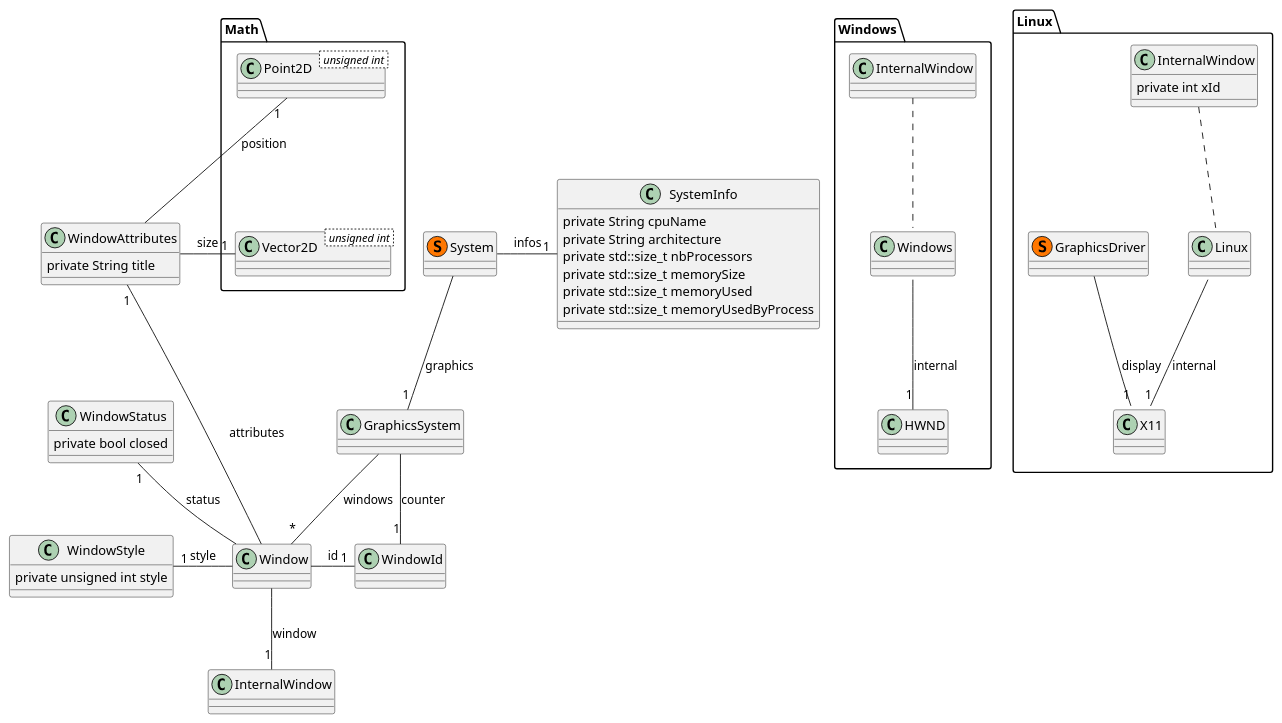
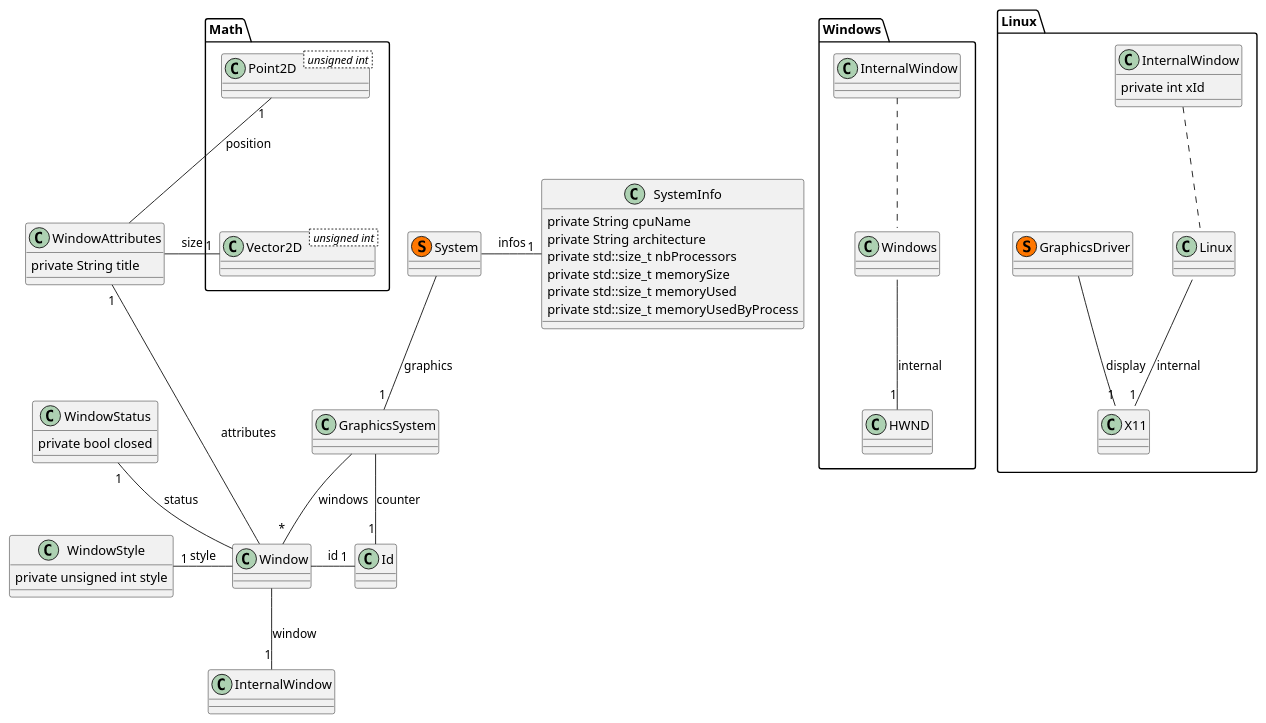
The diagram in uml/System/NRE_System.puml (AbelDoc/NRE-System), drawn with PlantUML before and after one commit. The commit also changed 19 other files, not shown here.

```diff
--- a/uml/System/NRE_System.puml
+++ b/uml/System/NRE_System.puml
@@ -1,61 +1,61 @@
 @startuml
     class System << (S, #FF7700) >> {
     }
     class GraphicsSystem {
     }
     class SystemInfo {
         private String cpuName
         private String architecture
         private std::size_t nbProcessors
         private std::size_t memorySize
         private std::size_t memoryUsed
         private std::size_t memoryUsedByProcess
     }
     class Window {
     }
     class WindowAttributes {
         private String title
     }
     class WindowStatus {
         private bool closed
     }
     class WindowStyle {
         private unsigned int style
     }
     System -right- "1" SystemInfo : infos
     System -down- "1" GraphicsSystem : graphics
-    GraphicsSystem -right- "1" WindowId : counter
+    GraphicsSystem -right- "1" Id : counter
     GraphicsSystem -down- "*" Window : windows
-    Window -right- "1" WindowId : id
+    Window -right- "1" Id : id
     Window -down- "1" InternalWindow : window
     Window -left- "1" WindowAttributes : attributes
     Window -left- "1" WindowStatus : status
     Window -left- "1" WindowStyle : style
     WindowStyle -up[hidden]- WindowStatus
     WindowStatus -up[hidden]- WindowAttributes
     package Math {
         class Point2D < unsigned int > {
         }
         class Vector2D < unsigned int > {
         }
         WindowAttributes --left- "1" Point2D : position
         WindowAttributes --left- "1" Vector2D : size
         Point2D -down[hidden]- Vector2D
     }
     package Windows {
         class InternalWindow {
         }
         Windows::InternalWindow -down- "1" HWND : internal
         InternalWindow .down. Windows::InternalWindow
     }
     package Linux {
         class InternalWindow {
             private int xId
         }
         class GraphicsDriver << (S, #FF7700) >> {
         }
         GraphicsDriver -down- "1" X11::Display : display
         Linux::InternalWindow -down- "1" X11::Window : internal
         InternalWindow .down. Linux::InternalWindow
     }
 @enduml
```
